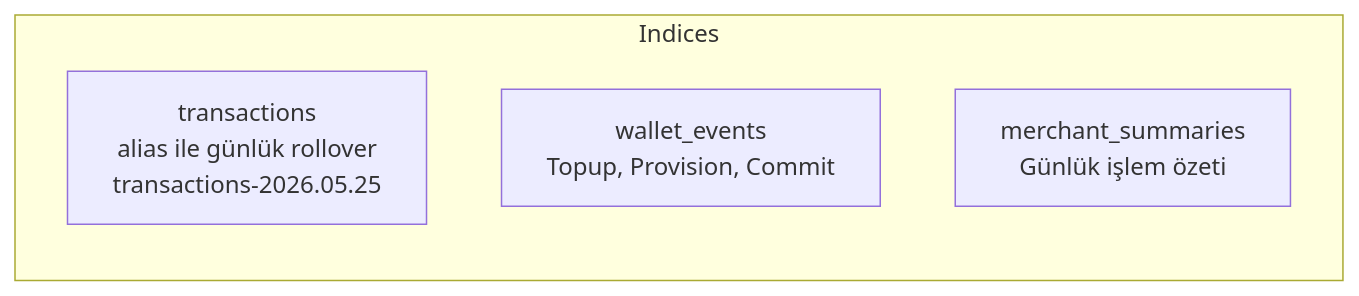
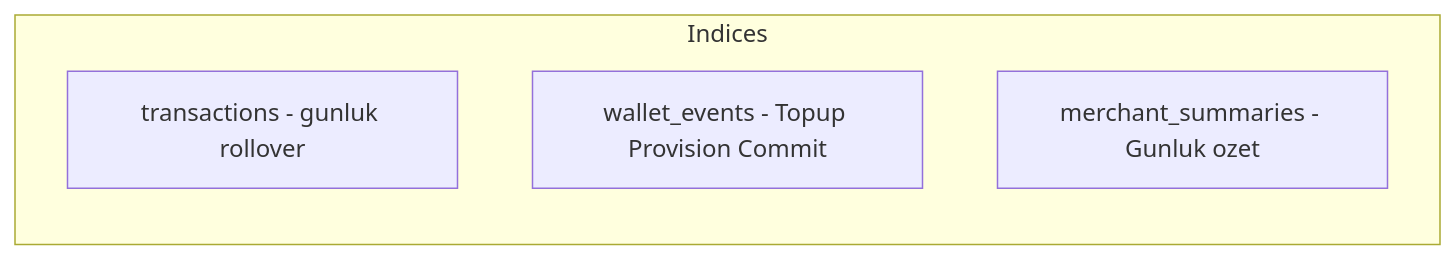
One commit to js-lover/qr-payment-system changed the second of 7 diagrams in docs/06-reporting-service/README.md. Above: the diagram before and after it, drawn with Mermaid. The commit also changed other lines of this file and 8 other files, not shown here.

First line of the commit message:
fix: resolve Mermaid diagram parse errors on GitHub

````diff
--- a/docs/06-reporting-service/README.md
+++ b/docs/06-reporting-service/README.md
@@ -81,8 +80,8 @@
 ```mermaid
 graph LR
     subgraph Indices
-        I1[transactions\nalias ile günlük rollover\ntransactions-2026.05.25]
-        I2[wallet_events\nTopup, Provision, Commit]
-        I3[merchant_summaries\nGünlük işlem özeti]
+        I1["transactions - gunluk rollover"]
+        I2["wallet_events - Topup Provision Commit"]
+        I3["merchant_summaries - Gunluk ozet"]
     end
 ```
````
